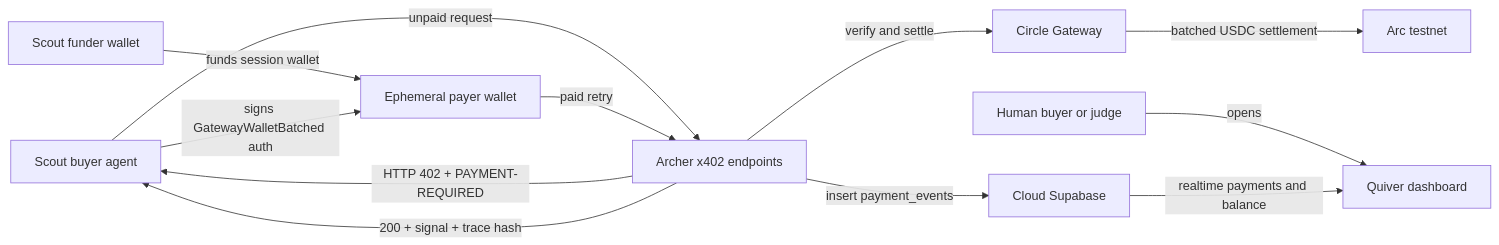
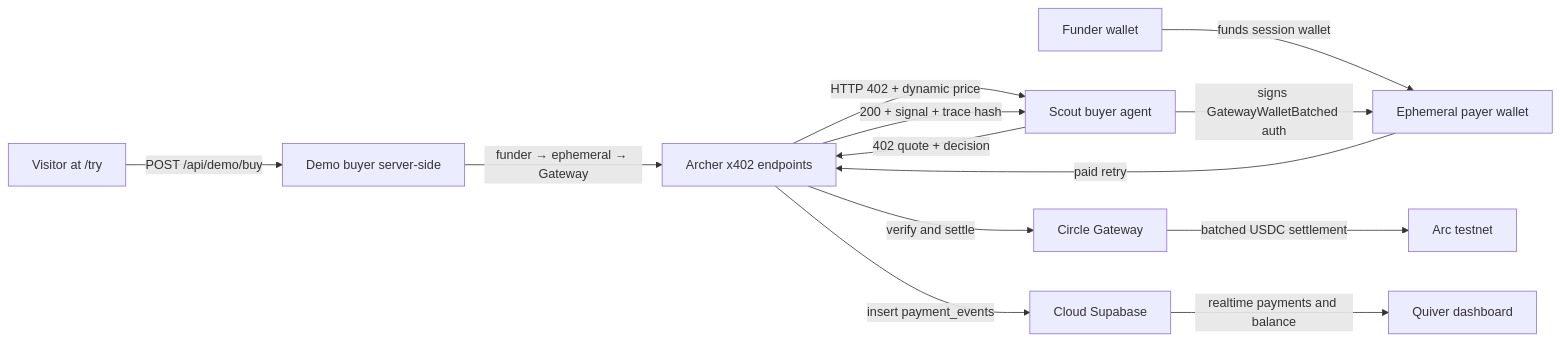
One commit to botmechanic/quiver changed the diagram in README.md. Above: the diagram before and after it, drawn with Mermaid. The commit also changed other lines of this file and 1 other file, not shown here.

````diff
--- a/README.md
+++ b/README.md
@@ -25,14 +23,15 @@
 ```mermaid
 flowchart LR
-  Human["Human buyer or judge"] -->|"opens"| Dashboard["Quiver dashboard"]
-  Scout["Scout buyer agent"] -->|"unpaid request"| Archer["Archer x402 endpoints"]
-  Archer -->|"HTTP 402 + PAYMENT-REQUIRED"| Scout
-  Funder["Scout funder wallet"] -->|"funds session wallet"| Ephemeral["Ephemeral payer wallet"]
+  Visitor["Visitor at /try"] -->|"POST /api/demo/buy"| Demo["Demo buyer server-side"]
+  Demo -->|"funder → ephemeral → Gateway"| Archer["Archer x402 endpoints"]
+  Scout["Scout buyer agent"] -->|"402 quote + decision"| Archer
+  Archer -->|"HTTP 402 + dynamic price"| Scout
+  Funder["Funder wallet"] -->|"funds session wallet"| Ephemeral["Ephemeral payer wallet"]
   Scout -->|"signs GatewayWalletBatched auth"| Ephemeral
   Ephemeral -->|"paid retry"| Archer
   Archer -->|"verify and settle"| Gateway["Circle Gateway"]
   Gateway -->|"batched USDC settlement"| Arc["Arc testnet"]
   Archer -->|"200 + signal + trace hash"| Scout
   Archer -->|"insert payment_events"| Supabase["Cloud Supabase"]
-  Supabase -->|"realtime payments and balance"| Dashboard
+  Supabase -->|"realtime payments and balance"| Dashboard["Quiver dashboard"]
 ```
````
